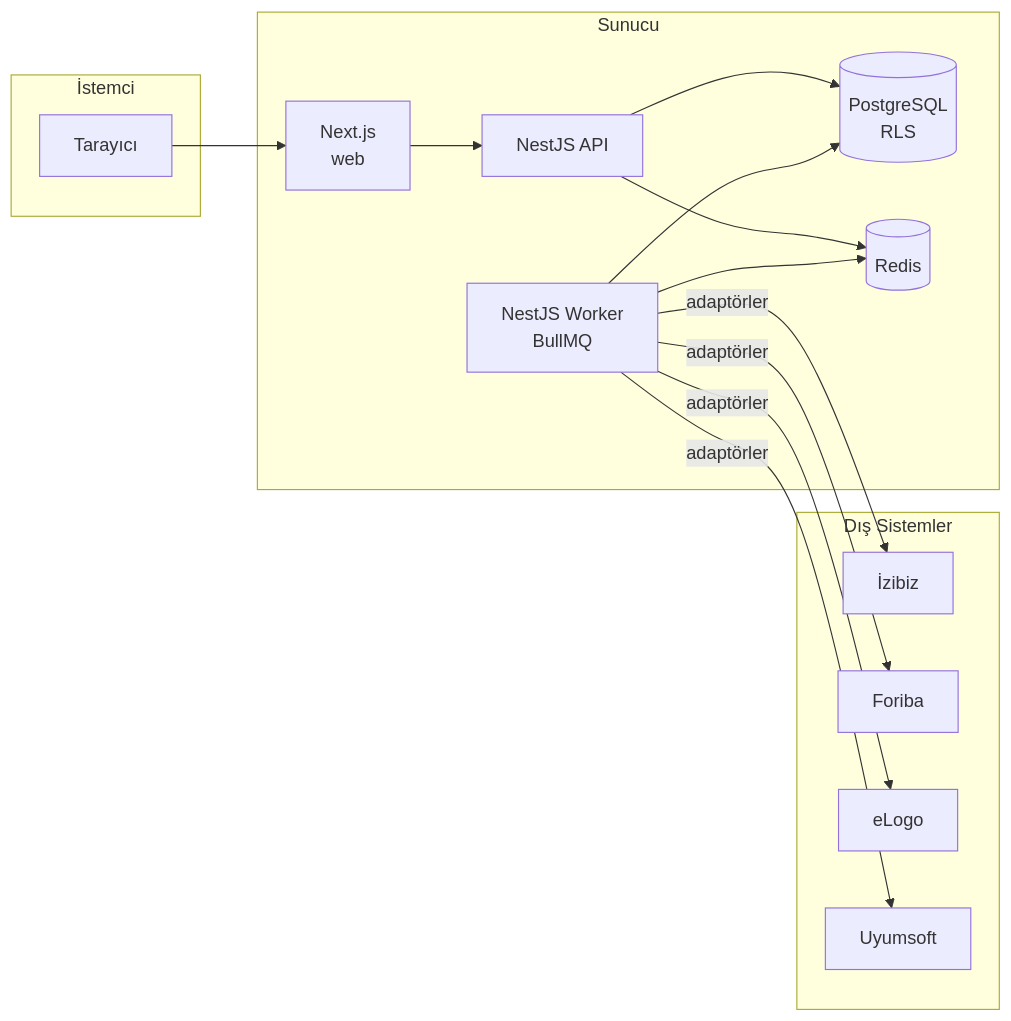
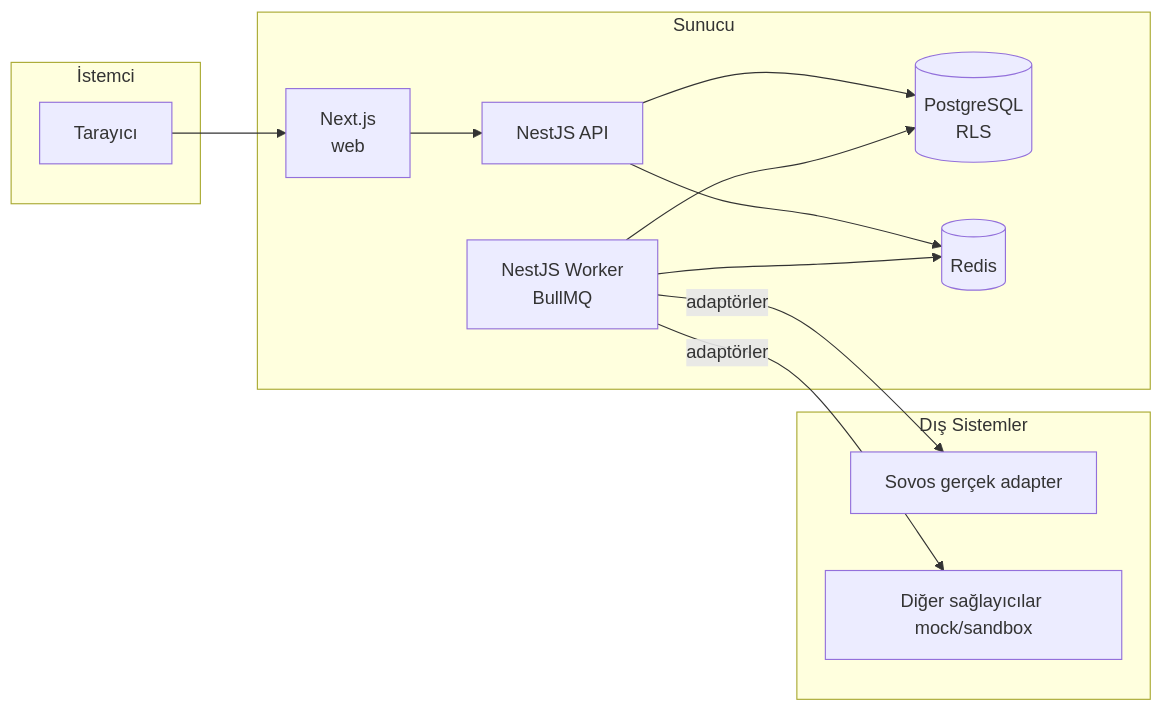
The diagram in docs/MIMARI.md (wustafaturker-spec/TekirExtra), drawn with Mermaid before and after one commit. The commit also changed other lines of this file and 190 other files, not shown here.

````diff
--- a/docs/MIMARI.md
+++ b/docs/MIMARI.md
@@ -16,21 +16,19 @@
 ```mermaid
 flowchart LR
     subgraph İstemci
         B[Tarayıcı]
     end
     subgraph Sunucu
         W[Next.js\nweb] --> A[NestJS API]
         A --> P[(PostgreSQL\nRLS)]
         A --> R[(Redis)]
         WK[NestJS Worker\nBullMQ] --> R
         WK --> P
     end
     subgraph Dış Sistemler
-        E1[İzibiz]
-        E2[Foriba]
-        E3[eLogo]
-        E4[Uyumsoft]
+        E1[Sovos gerçek adapter]
+        E2[Diğer sağlayıcılar mock/sandbox]
     end
     B --> W
-    WK -->|adaptörler| E1 & E2 & E3 & E4
+    WK -->|adaptörler| E1 & E2
 ```
````
